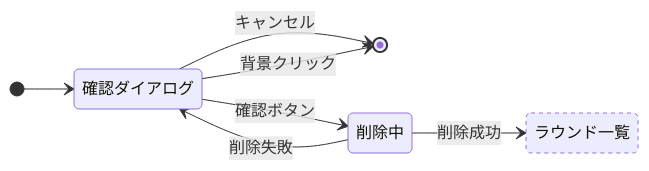
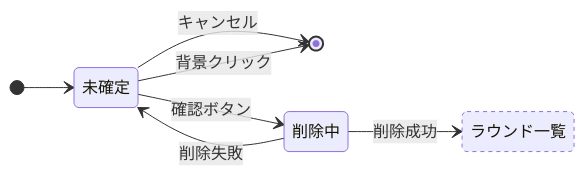
Diagram 16 of 22 in docs/screen-state.md (yukiyamasaki6/aims), drawn with Mermaid before and after one commit. The commit also changed other lines of this file, not shown here.

````diff
--- a/docs/screen-state.md
+++ b/docs/screen-state.md
@@ -474,17 +474,17 @@
 ```mermaid
 stateDiagram-v2
     direction LR
     state "ラウンド一覧" as Rounds
 
-    [*] --> 確認ダイアログ
+    [*] --> 未確定
 
-    確認ダイアログ --> [*]: キャンセル
-    確認ダイアログ --> [*]: 背景クリック
-    確認ダイアログ --> 削除中: 確認ボタン
+    未確定 --> [*]: キャンセル
+    未確定 --> [*]: 背景クリック
+    未確定 --> 削除中: 確認ボタン
 
-    削除中 --> 確認ダイアログ: 削除失敗
+    削除中 --> 未確定: 削除失敗
     削除中 --> Rounds: 削除成功
 
     classDef external stroke-dasharray: 4 4
     class Rounds external
 ```
````
